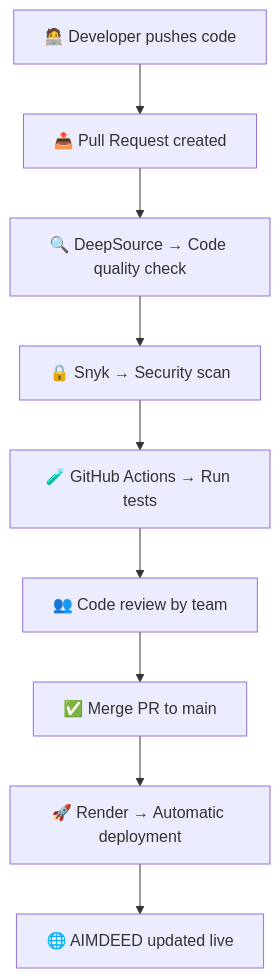
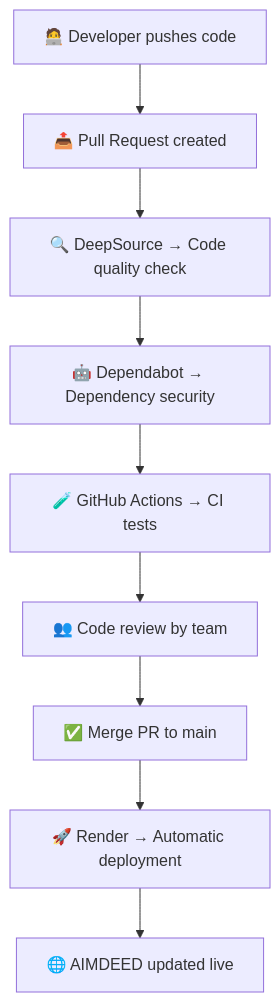
Before and after one commit to onfocus384/Aimdeed: the diagram in README.md, drawn with Mermaid. The commit also changed other lines of this file and 2 other files, not shown here.

Commit message:
ci: switch from Snyk to Dependabot and update CI/CD workflow

````diff
--- a/README.md
+++ b/README.md
@@ -106,11 +106,11 @@
 ```mermaid
 graph TD;
   A["🧑‍💻 Developer pushes code"] --> B["📤 Pull Request created"];
   B --> C["🔍 DeepSource → Code quality check"];
-  C --> D["🔒 Snyk → Security scan"];
-  D --> E["🧪 GitHub Actions → Run tests"];
+  C --> D["🤖 Dependabot → Dependency security"];
+  D --> E["🧪 GitHub Actions → CI tests"];
   E --> F["👥 Code review by team"];
   F --> G["✅ Merge PR to main"];
   G --> H["🚀 Render → Automatic deployment"];
   H --> I["🌐 AIMDEED updated live"];
 ```
````
